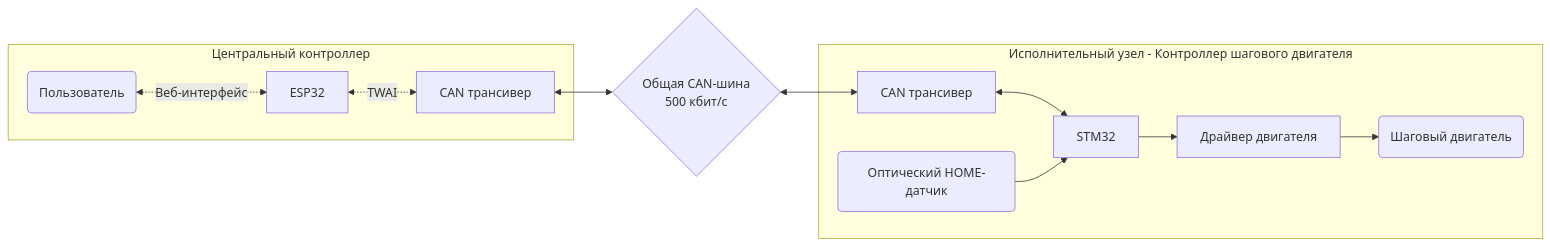
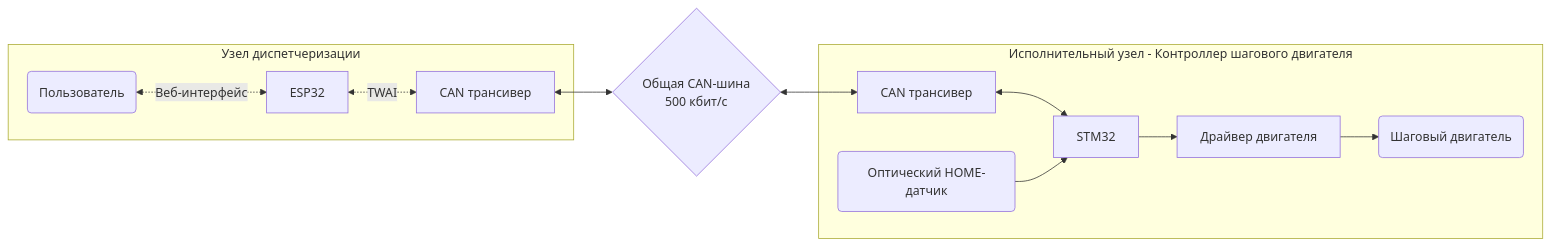
Before and after one commit to malcevandrew/Distributed-Motion-System: the diagram in README.md, drawn with Mermaid. The commit also changed other lines of this file, not shown here.

````diff
--- a/README.md
+++ b/README.md
@@ -25,27 +27,27 @@
 ```mermaid
 flowchart LR
     User( Пользователь )
     Master[ ESP32 ]
     Bus{ Общая CAN-шина<br/>500 кбит/с }
     Node1[ STM32 ]
     Driver[ Драйвер двигателя ]
     Motor( Шаговый двигатель )
     Sensor( Оптический HOME-датчик )
     Trans0[ CAN трансивер ]
     Trans1[ CAN трансивер ]
 
-    subgraph Центральный контроллер [Центральный контроллер]
+    subgraph Узел диспетчеризации [Узел диспетчеризации]
         User <-. Веб-интерфейс .-> Master
         Master <-. TWAI .-> Trans0
     end
 
     Trans0 <--> Bus
     Bus <--> Trans1
 
     subgraph Контроллер шагового двигателя [Исполнительный узел - Контроллер шагового двигателя]
         Trans1 <--> Node1
         Sensor --> Node1
         Node1 --> Driver
         Driver --> Motor
     end
 ```
````
